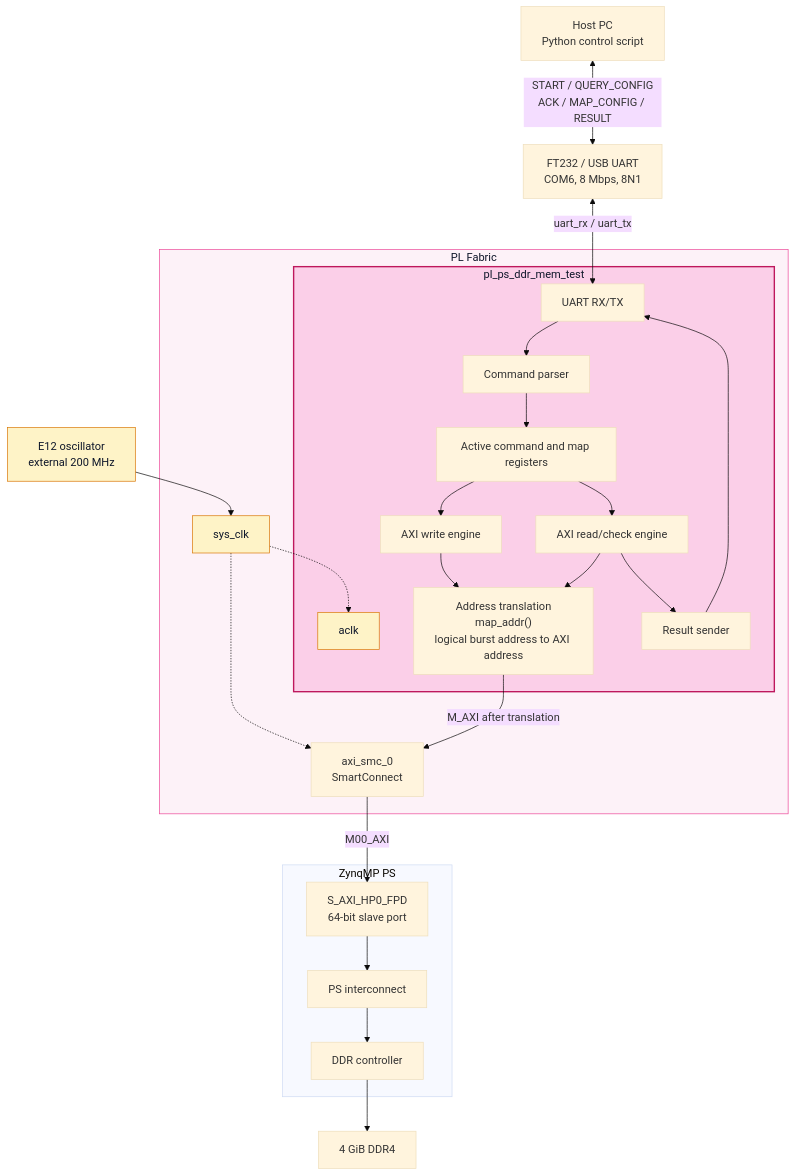
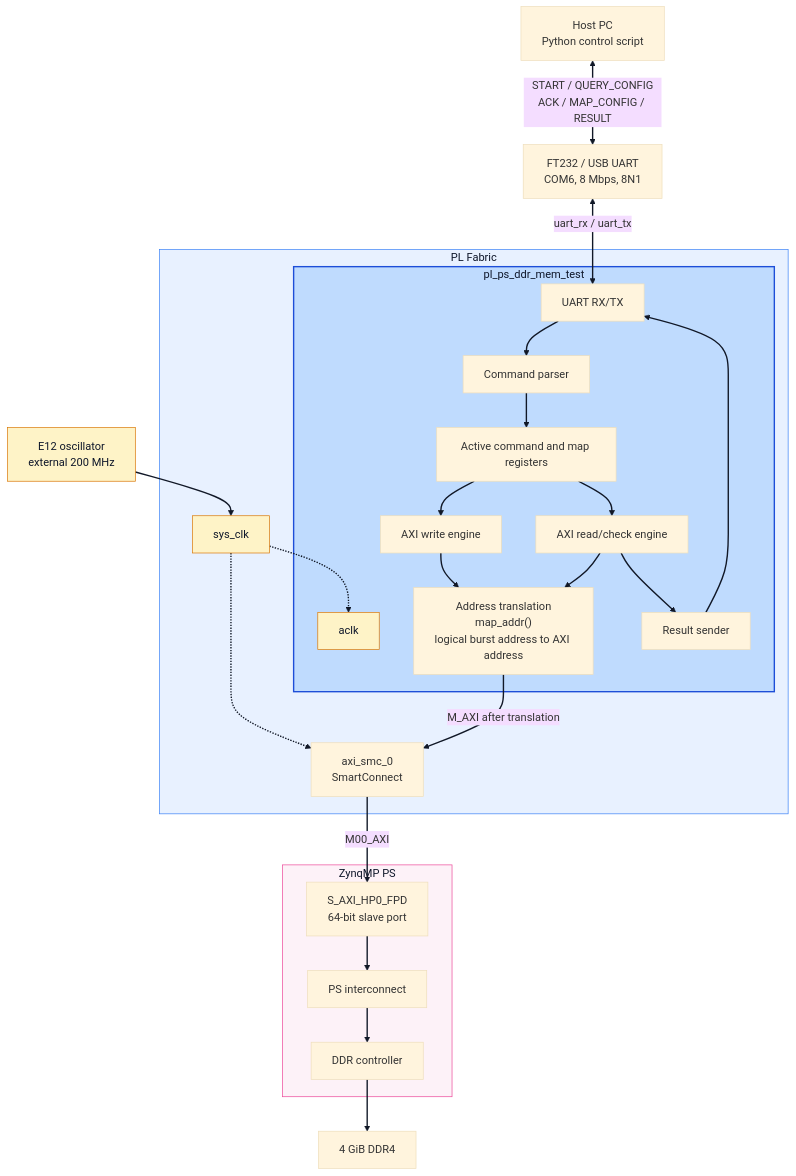
The second of 9 diagrams in README.md (RESBI/ZU4EV-PL-to-PS-DDR-TEST), drawn with Mermaid (base theme) before and after one commit.

Commit message:
Restore architecture diagram styling

````diff
--- a/README.md
+++ b/README.md
@@ -333,55 +333,59 @@
 ```mermaid
 flowchart TB
     Host["Host PC<br/>Python control script"]
     Usb["FT232 / USB UART<br/>COM6, 8 Mbps, 8N1"]
     Clk["E12 oscillator<br/>external 200 MHz"]
 
     Host <-->|START / QUERY_CONFIG<br/>ACK / MAP_CONFIG / RESULT| Usb
     Clk --> SysClk
 
     subgraph PL["PL Fabric"]
         SysClk["sys_clk"]
 
         subgraph Tester["pl_ps_ddr_mem_test"]
             Aclk["aclk"]
             Uart["UART RX/TX"]
             Parser["Command parser"]
             Active["Active command and map registers"]
             Write["AXI write engine"]
             Read["AXI read/check engine"]
             Map["Address translation<br/>map_addr()<br/>logical burst address to AXI address"]
             Result["Result sender"]
 
             Uart --> Parser
             Parser --> Active
             Active --> Write
             Write --> Map
             Active --> Read
             Read --> Map
             Read --> Result
             Result --> Uart
         end
 
         SysClk -.-> Aclk
         SysClk -.-> Smc["axi_smc_0<br/>SmartConnect"]
         Map -->|M_AXI after translation| Smc
     end
 
     Usb <-->|uart_rx / uart_tx| Uart
 
     subgraph PS["ZynqMP PS"]
         HpPort["S_AXI_HP0_FPD<br/>64-bit slave port"]
         HpPort --> Interconnect["PS interconnect"]
         Interconnect --> DdrCtrl["DDR controller"]
     end
 
     DdrCtrl --> Ddr["4 GiB DDR4"]
     Smc -->|M00_AXI| HpPort
 
-    classDef fabric fill:#fdf2f8,stroke:#ec4899,stroke-width:1px,color:#0f172a
-    classDef tester fill:#fbcfe8,stroke:#be185d,stroke-width:2px,color:#0f172a
+    classDef fabric fill:#e8f1ff,stroke:#3b82f6,stroke-width:1px,color:#0f172a
+    classDef tester fill:#bfdbfe,stroke:#1d4ed8,stroke-width:2px,color:#0f172a
+    classDef ps fill:#fdf2f8,stroke:#ec4899,stroke-width:1px,color:#0f172a
     classDef clock fill:#fef3c7,stroke:#d97706,stroke-width:1px,color:#0f172a
     class PL fabric
     class Tester tester
+    class PS ps
     class Clk,SysClk,Aclk clock
+
+    linkStyle default stroke:#111827,stroke-width:2px
 ```
````
